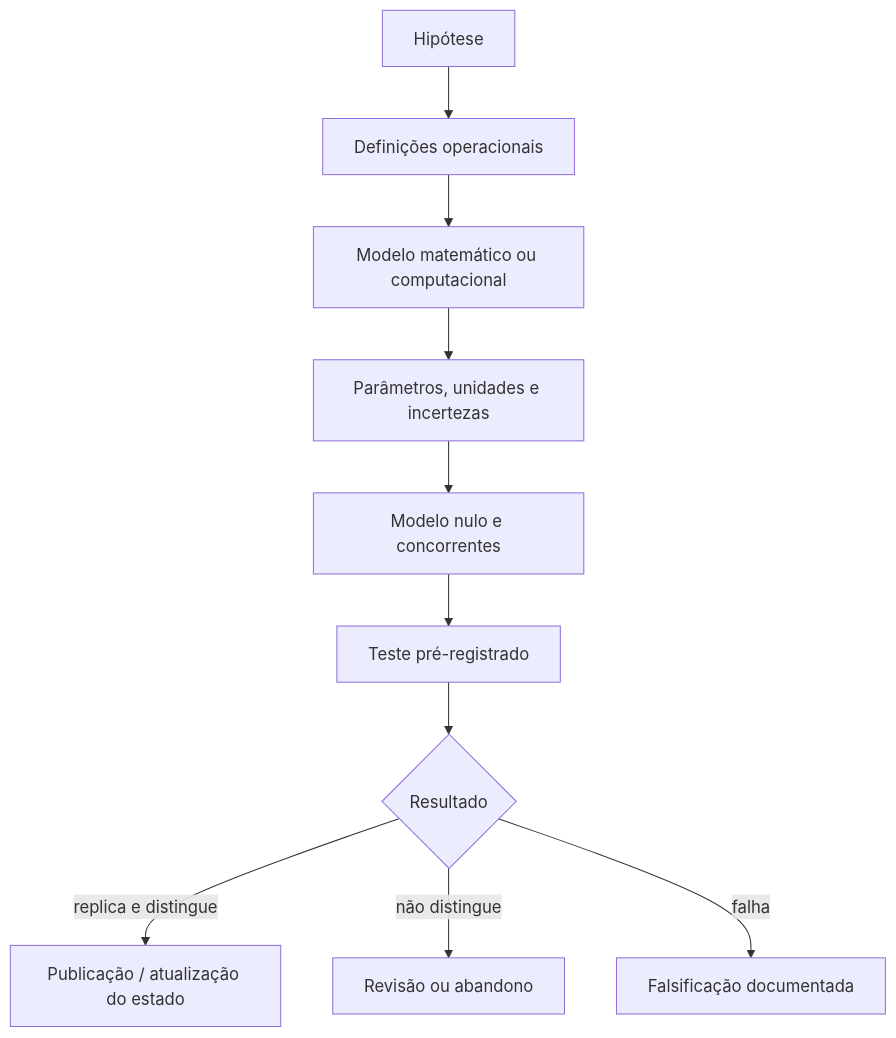
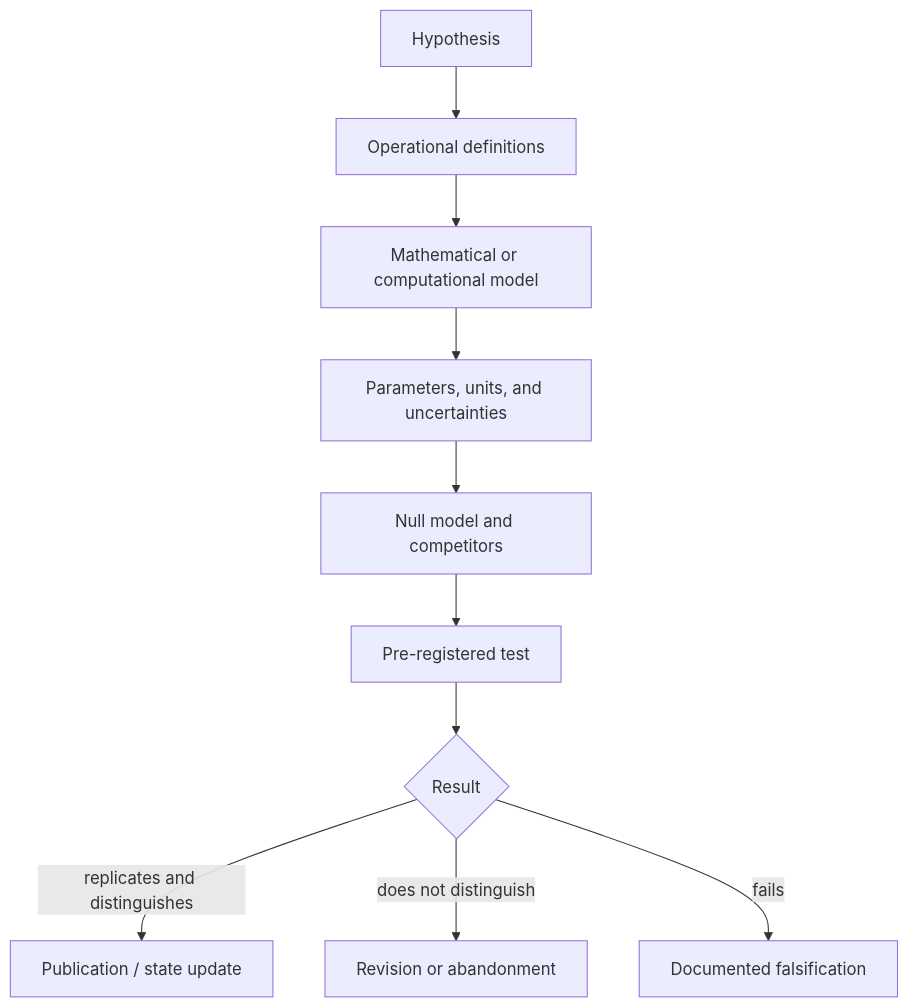
One commit to dougdotcon/TamesisTheoryCompleteResearchArchive changed the fourth of 4 diagrams in README.md. Above: the diagram before and after it, drawn with Mermaid. The commit also changed other lines of this file and 1 other file, not shown here.

````diff
--- a/README.md
+++ b/README.md
@@ -234,12 +191,12 @@
 ```mermaid
 flowchart TD
-    A[Hipótese] --> B[Definições operacionais]
-    B --> C[Modelo matemático ou computacional]
-    C --> D[Parâmetros, unidades e incertezas]
-    D --> E[Modelo nulo e concorrentes]
-    E --> F[Teste pré-registrado]
-    F --> G{Resultado}
-    G -->|replica e distingue| H[Publicação / atualização do estado]
-    G -->|não distingue| I[Revisão ou abandono]
-    G -->|falha| J[Falsificação documentada]
+    A[Hypothesis] --> B[Operational definitions]
+    B --> C[Mathematical or computational model]
+    C --> D[Parameters, units, and uncertainties]
+    D --> E[Null model and competitors]
+    E --> F[Pre-registered test]
+    F --> G{Result}
+    G -->|replicates and distinguishes| H[Publication / state update]
+    G -->|does not distinguish| I[Revision or abandonment]
+    G -->|fails| J[Documented falsification]
 ```
````
